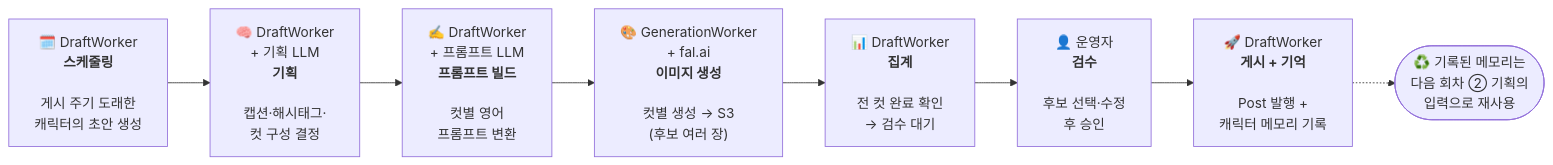
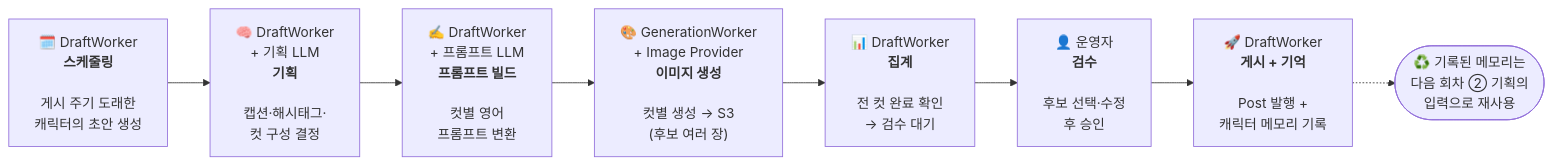
Before and after one commit to TaehoHong/opod-admin: the first of 6 diagrams in docs/post-creation-agent-workflow.md, drawn with Mermaid. The commit also changed other lines of this file and 20 other files, not shown here.

Commit message:
feat: integrate opod-flux v1 image provider

````diff
--- a/docs/post-creation-agent-workflow.md
+++ b/docs/post-creation-agent-workflow.md
@@ -19,15 +19,15 @@
 ```mermaid
 flowchart LR
     A["🗓️ DraftWorker<br/><b>스케줄링</b><br/><br/>게시 주기 도래한<br/>캐릭터의 초안 생성"]
     B["🧠 DraftWorker<br/>+ 기획 LLM<br/><b>기획</b><br/><br/>캡션·해시태그·<br/>컷 구성 결정"]
     C["✍️ DraftWorker<br/>+ 프롬프트 LLM<br/><b>프롬프트 빌드</b><br/><br/>컷별 영어<br/>프롬프트 변환"]
-    D["🎨 GenerationWorker<br/>+ fal.ai<br/><b>이미지 생성</b><br/><br/>컷별 생성 → S3<br/>(후보 여러 장)"]
+    D["🎨 GenerationWorker<br/>+ Image Provider<br/><b>이미지 생성</b><br/><br/>컷별 생성 → S3<br/>(후보 여러 장)"]
     E["📊 DraftWorker<br/><b>집계</b><br/><br/>전 컷 완료 확인<br/>→ 검수 대기"]
     F["👤 운영자<br/><b>검수</b><br/><br/>후보 선택·수정<br/>후 승인"]
     G["🚀 DraftWorker<br/><b>게시 + 기억</b><br/><br/>Post 발행 +<br/>캐릭터 메모리 기록"]
 
     FB(["♻️ 기록된 메모리는<br/>다음 회차 ② 기획의<br/>입력으로 재사용"])
 
     A --> B --> C --> D --> E --> F --> G
     G -.-> FB
 ```
````
